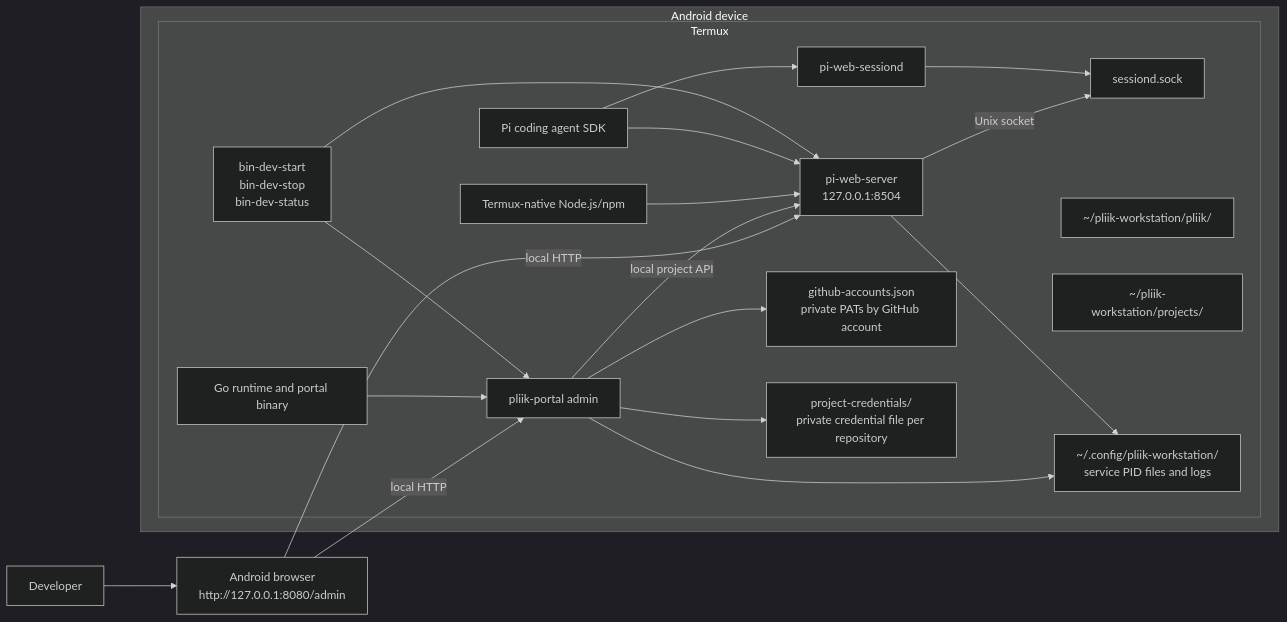
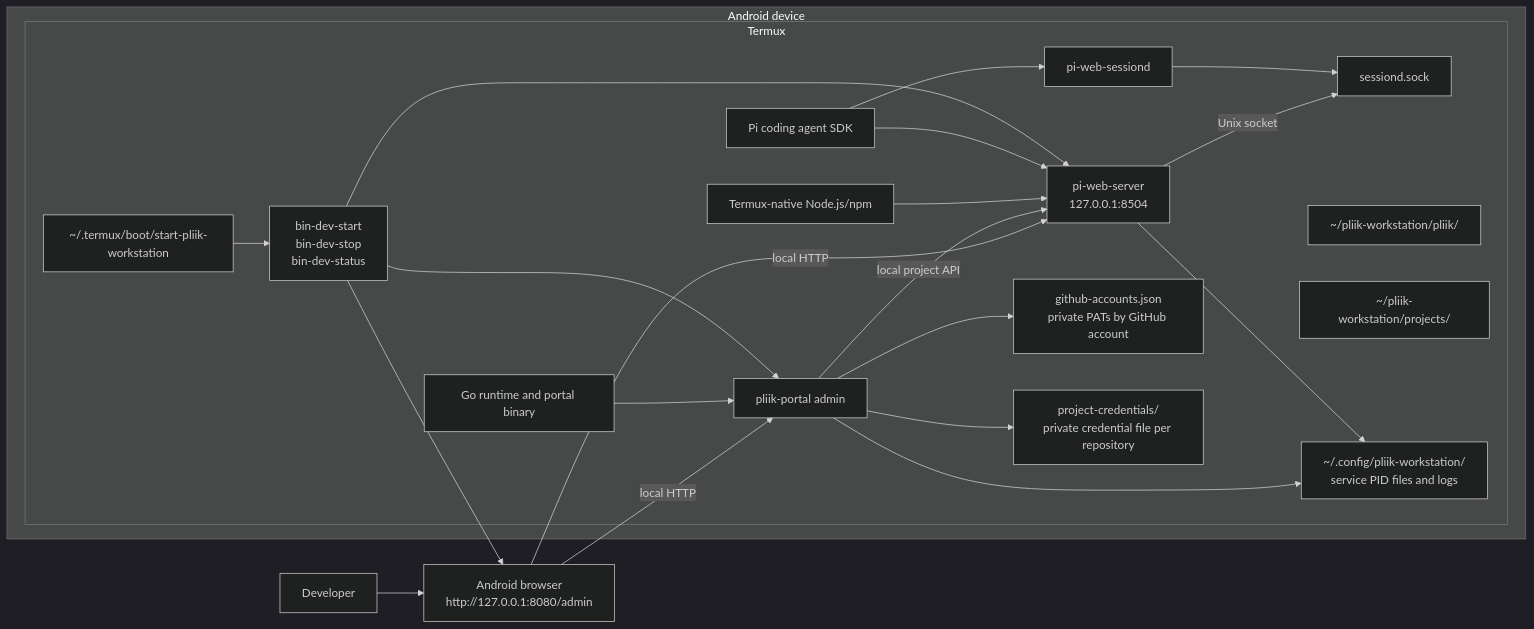
The first of 2 diagrams in ARCHITECTURE.md (mutualendemic/pliik), drawn with Mermaid (dark theme) before and after one commit. The commit also changed other lines of this file and 2 other files, not shown here.

Commit message:
Launch portal and configure boot startup

````diff
--- a/ARCHITECTURE.md
+++ b/ARCHITECTURE.md
@@ -7,38 +7,41 @@
 ```mermaid
 flowchart LR
     User[Developer] --> Browser[Android browser\nhttp://127.0.0.1:8080/admin]
     Browser -->|local HTTP| Portal[pliik-portal admin]
     Browser -->|local HTTP| PiWeb[pi-web-server\n127.0.0.1:8504]
     Portal -->|local project API| PiWeb
     PiWeb -->|Unix socket| Socket[sessiond.sock]
 
     subgraph Android[Android device]
         subgraph Termux[Termux]
             PiWeb
             Portal
             SessionDaemon[pi-web-sessiond]
             Socket
             TermuxRuntime[Termux-native Node.js/npm]
             Go[Go runtime and portal binary]
             SDK[Pi coding agent SDK]
             Repos["~/pliik-workstation/pliik/"]
             Projects["~/pliik-workstation/projects/"]
             Helpers["bin-dev-start\nbin-dev-stop\nbin-dev-status"]
+            BootScript["~/.termux/boot/start-pliik-workstation"]
             Config["~/.config/pliik-workstation/\nservice PID files and logs"]
             Accounts["github-accounts.json\nprivate PATs by GitHub account"]
             ProjectCredentials["project-credentials/\nprivate credential file per repository"]
         end
     end
 
     TermuxRuntime --> PiWeb
     Go --> Portal
     SessionDaemon --> Socket
     SDK --> PiWeb
     SDK --> SessionDaemon
     Helpers --> PiWeb
     Helpers --> Portal
+    BootScript --> Helpers
+    Helpers --> Browser
     Portal --> Config
     Portal --> Accounts
     Portal --> ProjectCredentials
     PiWeb --> Config
 ```
````
